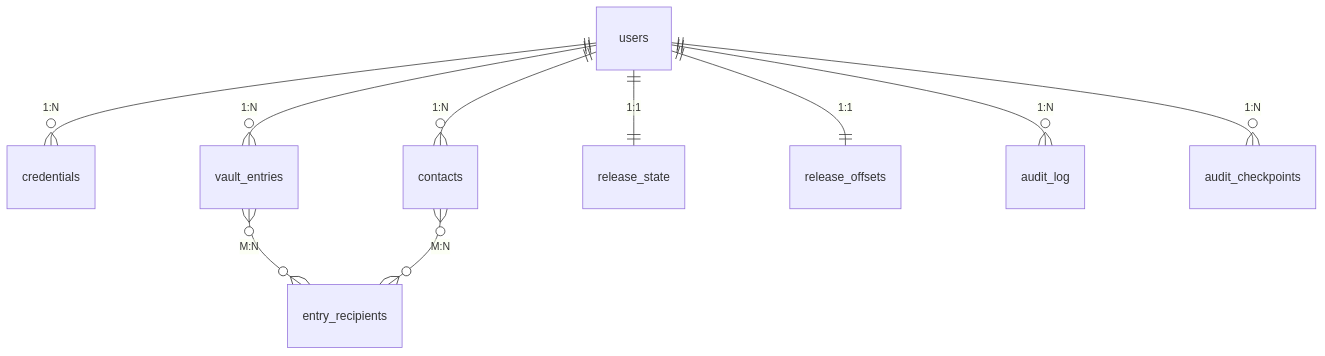
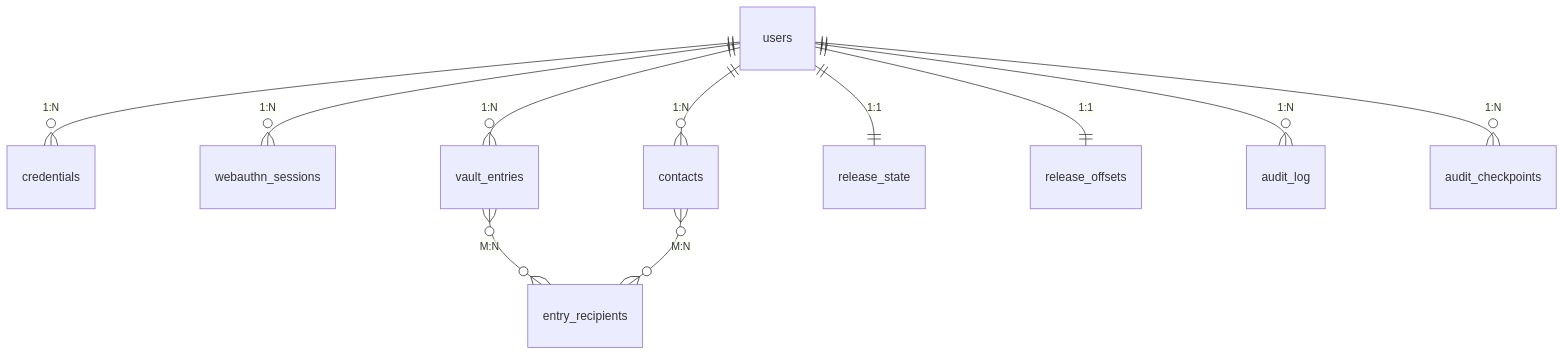
One commit to i-jurian/legavi changed the diagram in docs/04-data-model.md. Above: the diagram before and after it, drawn with Mermaid. The commit also changed other lines of this file and 13 other files, not shown here.

````diff
--- a/docs/04-data-model.md
+++ b/docs/04-data-model.md
@@ -22,12 +16,13 @@
 ```mermaid
 erDiagram
     users ||--o{ credentials : "1:N"
+    users ||--o{ webauthn_sessions : "1:N"
     users ||--o{ vault_entries : "1:N"
     users ||--o{ contacts : "1:N"
     users ||--|| release_state : "1:1"
     users ||--|| release_offsets : "1:1"
     users ||--o{ audit_log : "1:N"
     users ||--o{ audit_checkpoints : "1:N"
     vault_entries }o--o{ entry_recipients : "M:N"
     contacts }o--o{ entry_recipients : "M:N"
 ```
````
